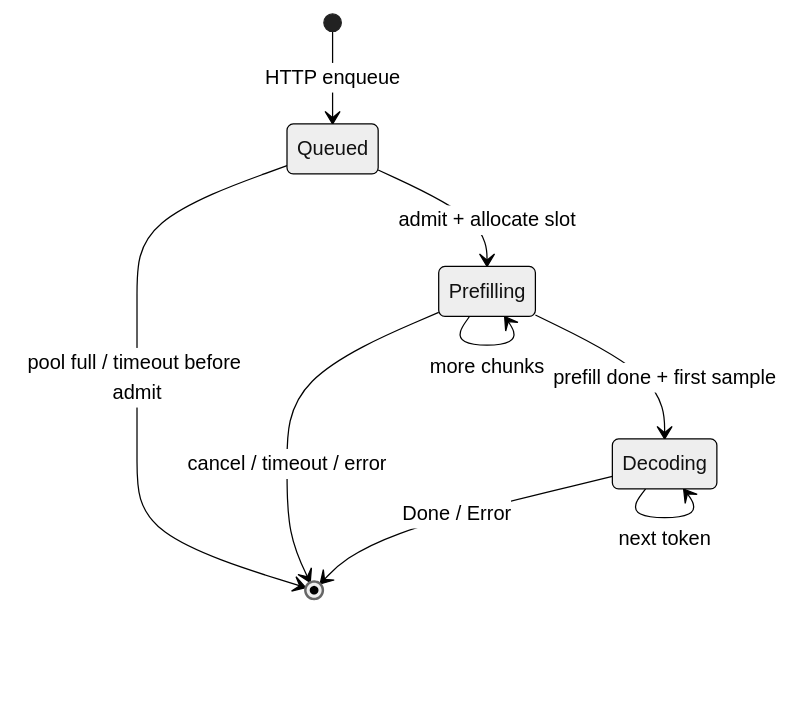
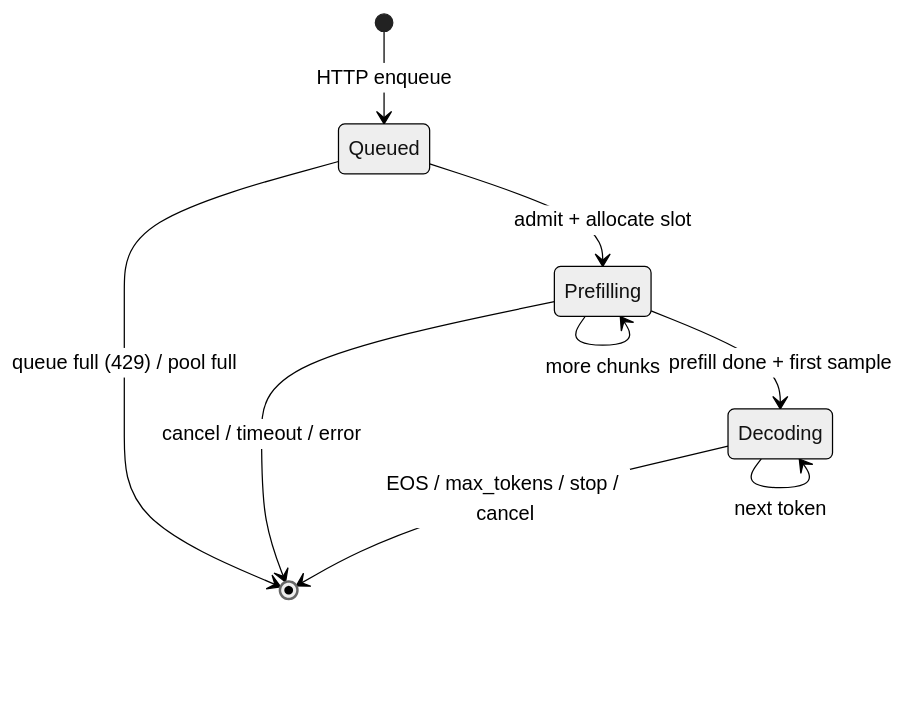
Before and after one commit to githubpradeep/metal-llm-server: the diagram in docs/textbook/01_system_map.md, drawn with Mermaid (neutral theme). The commit also changed other lines of this file and 22 other files, not shown here.

````diff
--- a/docs/textbook/01_system_map.md
+++ b/docs/textbook/01_system_map.md
@@ -93,11 +354,11 @@
 ```mermaid
 stateDiagram-v2
   [*] --> Queued: HTTP enqueue
   Queued --> Prefilling: admit + allocate slot
   Prefilling --> Prefilling: more chunks
   Prefilling --> Decoding: prefill done + first sample
   Decoding --> Decoding: next token
-  Decoding --> [*]: Done / Error
+  Decoding --> [*]: EOS / max_tokens / stop / cancel
   Prefilling --> [*]: cancel / timeout / error
-  Queued --> [*]: pool full / timeout before admit
+  Queued --> [*]: queue full (429) / pool full
 ```
````
